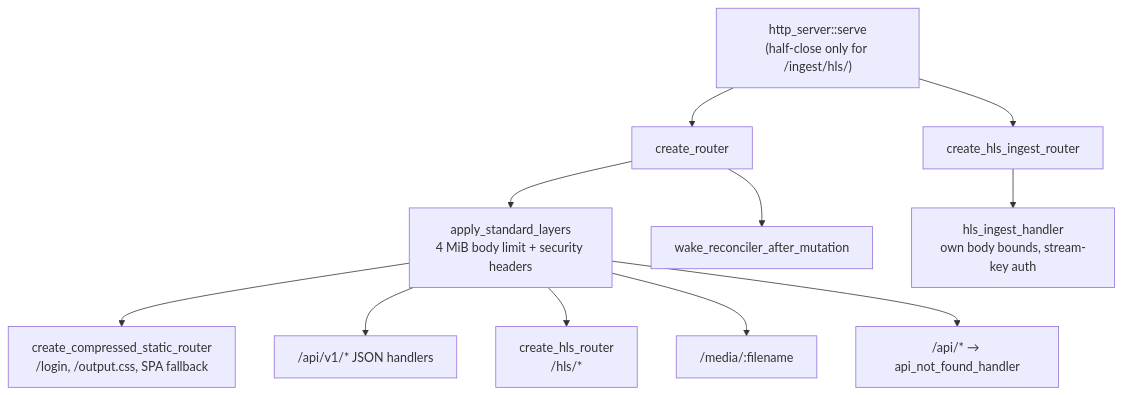
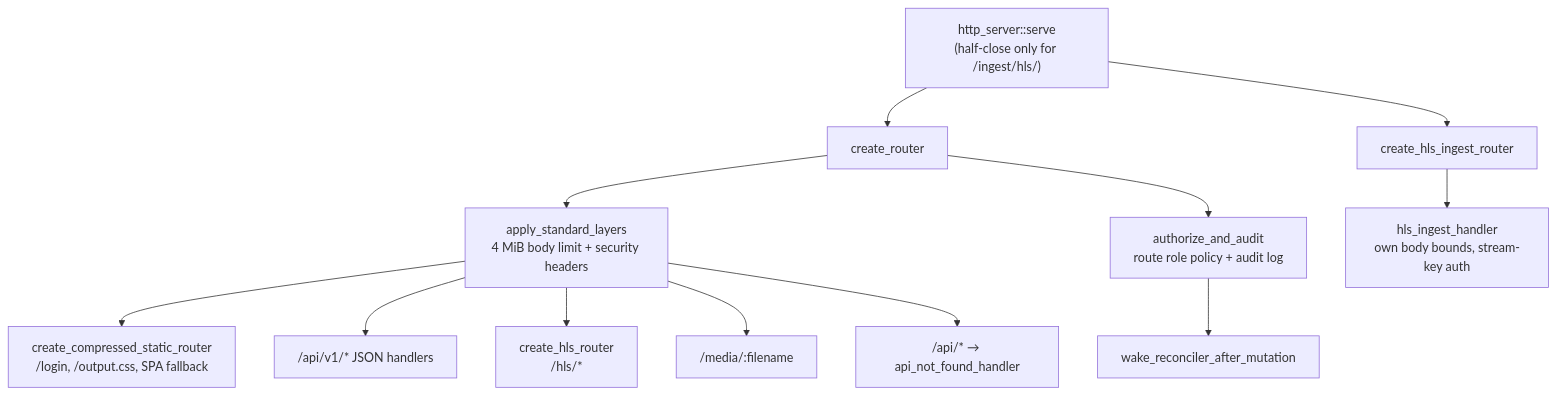
The first of 3 diagrams in docs/api-reference.md (krsna1729/restream), drawn with Mermaid before and after one commit. The commit also changed other lines of this file and 43 other files, not shown here.

First line of the commit message:
Add team members, roles, view-as and an audit log

````diff
--- a/docs/api-reference.md
+++ b/docs/api-reference.md
@@ -71,13 +71,14 @@
 ```mermaid
 flowchart TD
     serve["http_server::serve<br/>(half-close only for /ingest/hls/)"] --> app["create_router"]
     serve --> ingest["create_hls_ingest_router"]
     app --> layers["apply_standard_layers<br/>4 MiB body limit + security headers"]
-    app --> wake["wake_reconciler_after_mutation"]
+    app --> roles["authorize_and_audit<br/>route role policy + audit log"]
+    roles --> wake["wake_reconciler_after_mutation"]
     layers --> staticDocs["create_compressed_static_router<br/>/login, /output.css, SPA fallback"]
     layers --> api["/api/v1/* JSON handlers"]
     layers --> hls["create_hls_router<br/>/hls/*"]
     layers --> media["/media/:filename"]
     layers --> notfound["/api/* → api_not_found_handler"]
     ingest --> push["hls_ingest_handler<br/>own body bounds, stream-key auth"]
 ```
````
